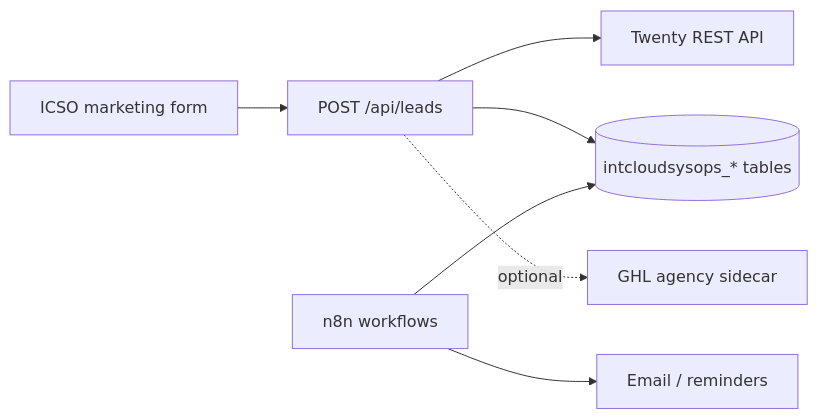
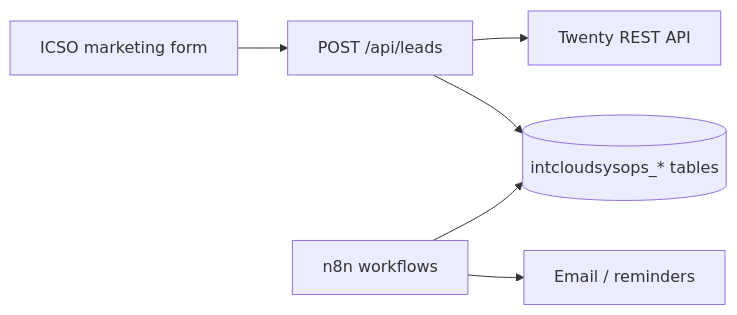
The diagram in docs/tenants/intcloudsysops/TWENTY-CRM.md (cloudsysops/opsly), drawn with Mermaid before and after one commit. The commit also changed other lines of this file and 25 other files, not shown here.

First line of the commit message:
feat(icso): retire agency GHL — Twenty CRM only

````diff
--- a/docs/tenants/intcloudsysops/TWENTY-CRM.md
+++ b/docs/tenants/intcloudsysops/TWENTY-CRM.md
@@ -27,9 +27,8 @@
 ```mermaid
 flowchart LR
   Web[ICSO marketing form] --> Leads[POST /api/leads]
   Leads --> Twenty[Twenty REST API]
   Leads --> DB[(intcloudsysops_* tables)]
-  Leads -. optional .-> GHL[GHL agency sidecar]
   n8n[n8n workflows] --> DB
   n8n --> Resend[Email / reminders]
 ```
````
